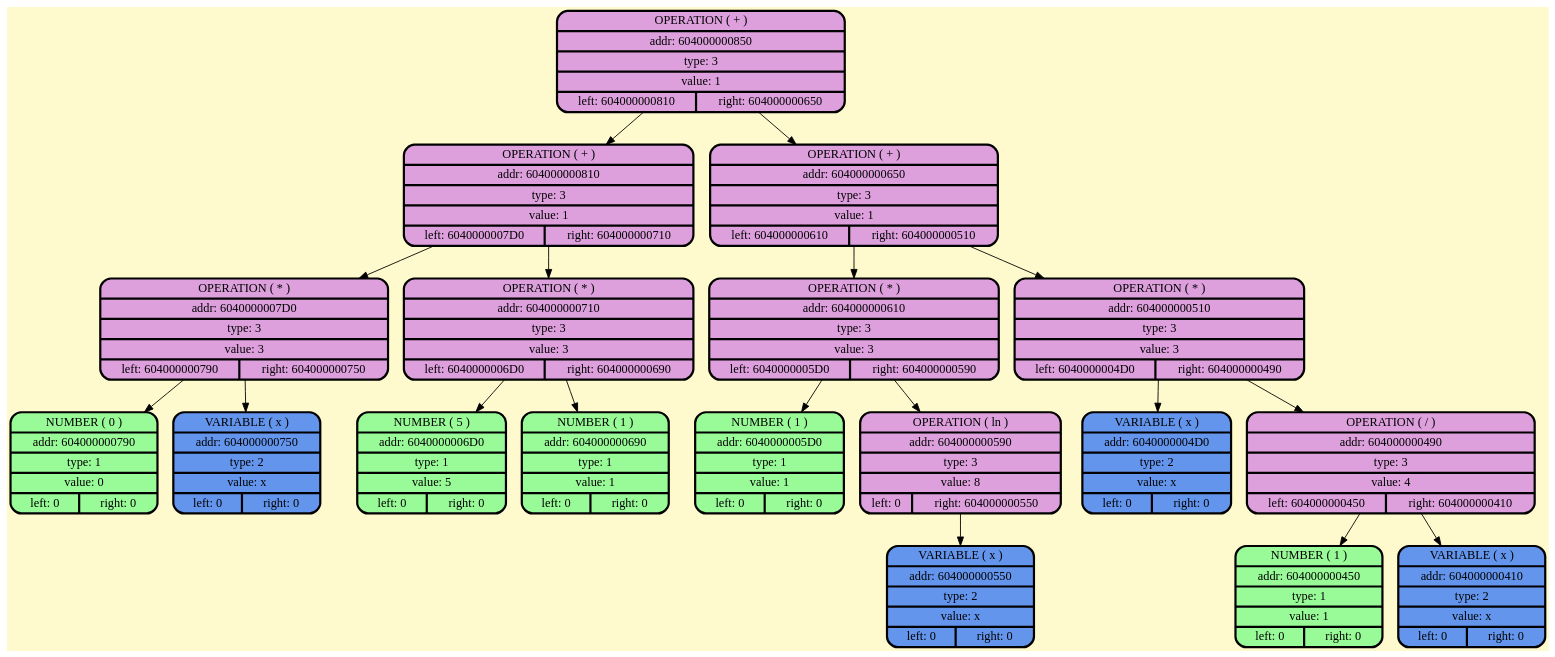
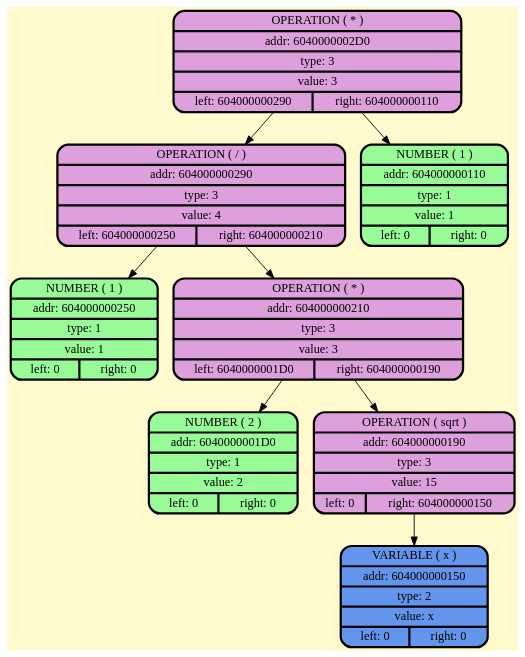
Before and after one commit to BulgakovDmitry/differentiator: the diagram in dumpGraph/deriv.gv, drawn with Graphviz. The commit also changed 26 other files, not shown here.

```diff
--- a/dumpGraph/deriv.gv
+++ b/dumpGraph/deriv.gv
@@ -1,40 +1,20 @@
 digraph G {
     node [style=filled, fontcolor=darkblue, fillcolor=peachpuff, color="#252A34", penwidth=2.5];
     bgcolor="lemonchiffon";
 
-node_0x604000000850 [shape=Mrecord; style = filled; fillcolor=plum; color = "#000000"; fontcolor = "#000000";label=" {OPERATION ( + ) | addr: 604000000850 | type: 3 | value: 1 | {left: 604000000810 | right: 604000000650}} "];
-node_0x604000000810 [shape=Mrecord; style = filled; fillcolor=plum; color = "#000000"; fontcolor = "#000000";label=" {OPERATION ( + ) | addr: 604000000810 | type: 3 | value: 1 | {left: 6040000007D0 | right: 604000000710}} "];
-node_0x6040000007d0 [shape=Mrecord; style = filled; fillcolor=plum; color = "#000000"; fontcolor = "#000000";label=" {OPERATION ( * ) | addr: 6040000007D0 | type: 3 | value: 3 | {left: 604000000790 | right: 604000000750}} "];
-    node_0x604000000790 [shape=Mrecord; style = filled; fillcolor = palegreen; color = "#000000"; fontcolor = "#000000";  label="  {NUMBER ( 0 )| addr: 604000000790 | type: 1| value: 0 | {left: 0 | right: 0}} "];
-    node_0x604000000750 [shape=Mrecord; style = filled; fillcolor = cornflowerblue; color = "#000000"; fontcolor = "#000000";  label="  {VARIABLE ( x )| addr: 604000000750 | type: 2| value: x | {left: 0 | right: 0}} "];
-node_0x604000000710 [shape=Mrecord; style = filled; fillcolor=plum; color = "#000000"; fontcolor = "#000000";label=" {OPERATION ( * ) | addr: 604000000710 | type: 3 | value: 3 | {left: 6040000006D0 | right: 604000000690}} "];
-    node_0x6040000006d0 [shape=Mrecord; style = filled; fillcolor = palegreen; color = "#000000"; fontcolor = "#000000";  label="  {NUMBER ( 5 )| addr: 6040000006D0 | type: 1| value: 5 | {left: 0 | right: 0}} "];
-    node_0x604000000690 [shape=Mrecord; style = filled; fillcolor = palegreen; color = "#000000"; fontcolor = "#000000";  label="  {NUMBER ( 1 )| addr: 604000000690 | type: 1| value: 1 | {left: 0 | right: 0}} "];
-node_0x604000000650 [shape=Mrecord; style = filled; fillcolor=plum; color = "#000000"; fontcolor = "#000000";label=" {OPERATION ( + ) | addr: 604000000650 | type: 3 | value: 1 | {left: 604000000610 | right: 604000000510}} "];
-node_0x604000000610 [shape=Mrecord; style = filled; fillcolor=plum; color = "#000000"; fontcolor = "#000000";label=" {OPERATION ( * ) | addr: 604000000610 | type: 3 | value: 3 | {left: 6040000005D0 | right: 604000000590}} "];
-    node_0x6040000005d0 [shape=Mrecord; style = filled; fillcolor = palegreen; color = "#000000"; fontcolor = "#000000";  label="  {NUMBER ( 1 )| addr: 6040000005D0 | type: 1| value: 1 | {left: 0 | right: 0}} "];
-node_0x604000000590 [shape=Mrecord; style = filled; fillcolor=plum; color = "#000000"; fontcolor = "#000000";label=" {OPERATION ( ln ) | addr: 604000000590 | type: 3 | value: 8 | {left: 0 | right: 604000000550}} "];
-    node_0x604000000550 [shape=Mrecord; style = filled; fillcolor = cornflowerblue; color = "#000000"; fontcolor = "#000000";  label="  {VARIABLE ( x )| addr: 604000000550 | type: 2| value: x | {left: 0 | right: 0}} "];
-node_0x604000000510 [shape=Mrecord; style = filled; fillcolor=plum; color = "#000000"; fontcolor = "#000000";label=" {OPERATION ( * ) | addr: 604000000510 | type: 3 | value: 3 | {left: 6040000004D0 | right: 604000000490}} "];
-    node_0x6040000004d0 [shape=Mrecord; style = filled; fillcolor = cornflowerblue; color = "#000000"; fontcolor = "#000000";  label="  {VARIABLE ( x )| addr: 6040000004D0 | type: 2| value: x | {left: 0 | right: 0}} "];
-node_0x604000000490 [shape=Mrecord; style = filled; fillcolor=plum; color = "#000000"; fontcolor = "#000000";label=" {OPERATION ( / ) | addr: 604000000490 | type: 3 | value: 4 | {left: 604000000450 | right: 604000000410}} "];
-    node_0x604000000450 [shape=Mrecord; style = filled; fillcolor = palegreen; color = "#000000"; fontcolor = "#000000";  label="  {NUMBER ( 1 )| addr: 604000000450 | type: 1| value: 1 | {left: 0 | right: 0}} "];
-    node_0x604000000410 [shape=Mrecord; style = filled; fillcolor = cornflowerblue; color = "#000000"; fontcolor = "#000000";  label="  {VARIABLE ( x )| addr: 604000000410 | type: 2| value: x | {left: 0 | right: 0}} "];
-    node_0x604000000850 -> node_0x604000000810;
-    node_0x604000000810 -> node_0x6040000007d0;
-    node_0x6040000007d0 -> node_0x604000000790;
-    node_0x6040000007d0 -> node_0x604000000750;
-    node_0x604000000810 -> node_0x604000000710;
-    node_0x604000000710 -> node_0x6040000006d0;
-    node_0x604000000710 -> node_0x604000000690;
-    node_0x604000000850 -> node_0x604000000650;
-    node_0x604000000650 -> node_0x604000000610;
-    node_0x604000000610 -> node_0x6040000005d0;
-    node_0x604000000610 -> node_0x604000000590;
-    node_0x604000000590 -> node_0x604000000550;
-    node_0x604000000650 -> node_0x604000000510;
-    node_0x604000000510 -> node_0x6040000004d0;
-    node_0x604000000510 -> node_0x604000000490;
-    node_0x604000000490 -> node_0x604000000450;
-    node_0x604000000490 -> node_0x604000000410;
+node_0x6040000002d0 [shape=Mrecord; style = filled; fillcolor=plum; color = "#000000"; fontcolor = "#000000";label=" {OPERATION ( * ) | addr: 6040000002D0 | type: 3 | value: 3 | {left: 604000000290 | right: 604000000110}} "];
+node_0x604000000290 [shape=Mrecord; style = filled; fillcolor=plum; color = "#000000"; fontcolor = "#000000";label=" {OPERATION ( / ) | addr: 604000000290 | type: 3 | value: 4 | {left: 604000000250 | right: 604000000210}} "];
+    node_0x604000000250 [shape=Mrecord; style = filled; fillcolor = palegreen; color = "#000000"; fontcolor = "#000000";  label="  {NUMBER ( 1 )| addr: 604000000250 | type: 1| value: 1 | {left: 0 | right: 0}} "];
+node_0x604000000210 [shape=Mrecord; style = filled; fillcolor=plum; color = "#000000"; fontcolor = "#000000";label=" {OPERATION ( * ) | addr: 604000000210 | type: 3 | value: 3 | {left: 6040000001D0 | right: 604000000190}} "];
+    node_0x6040000001d0 [shape=Mrecord; style = filled; fillcolor = palegreen; color = "#000000"; fontcolor = "#000000";  label="  {NUMBER ( 2 )| addr: 6040000001D0 | type: 1| value: 2 | {left: 0 | right: 0}} "];
+node_0x604000000190 [shape=Mrecord; style = filled; fillcolor=plum; color = "#000000"; fontcolor = "#000000";label=" {OPERATION ( sqrt ) | addr: 604000000190 | type: 3 | value: 15 | {left: 0 | right: 604000000150}} "];
+    node_0x604000000150 [shape=Mrecord; style = filled; fillcolor = cornflowerblue; color = "#000000"; fontcolor = "#000000";  label="  {VARIABLE ( x )| addr: 604000000150 | type: 2| value: x | {left: 0 | right: 0}} "];
+    node_0x604000000110 [shape=Mrecord; style = filled; fillcolor = palegreen; color = "#000000"; fontcolor = "#000000";  label="  {NUMBER ( 1 )| addr: 604000000110 | type: 1| value: 1 | {left: 0 | right: 0}} "];
+    node_0x6040000002d0 -> node_0x604000000290;
+    node_0x604000000290 -> node_0x604000000250;
+    node_0x604000000290 -> node_0x604000000210;
+    node_0x604000000210 -> node_0x6040000001d0;
+    node_0x604000000210 -> node_0x604000000190;
+    node_0x604000000190 -> node_0x604000000150;
+    node_0x6040000002d0 -> node_0x604000000110;
 }
```
